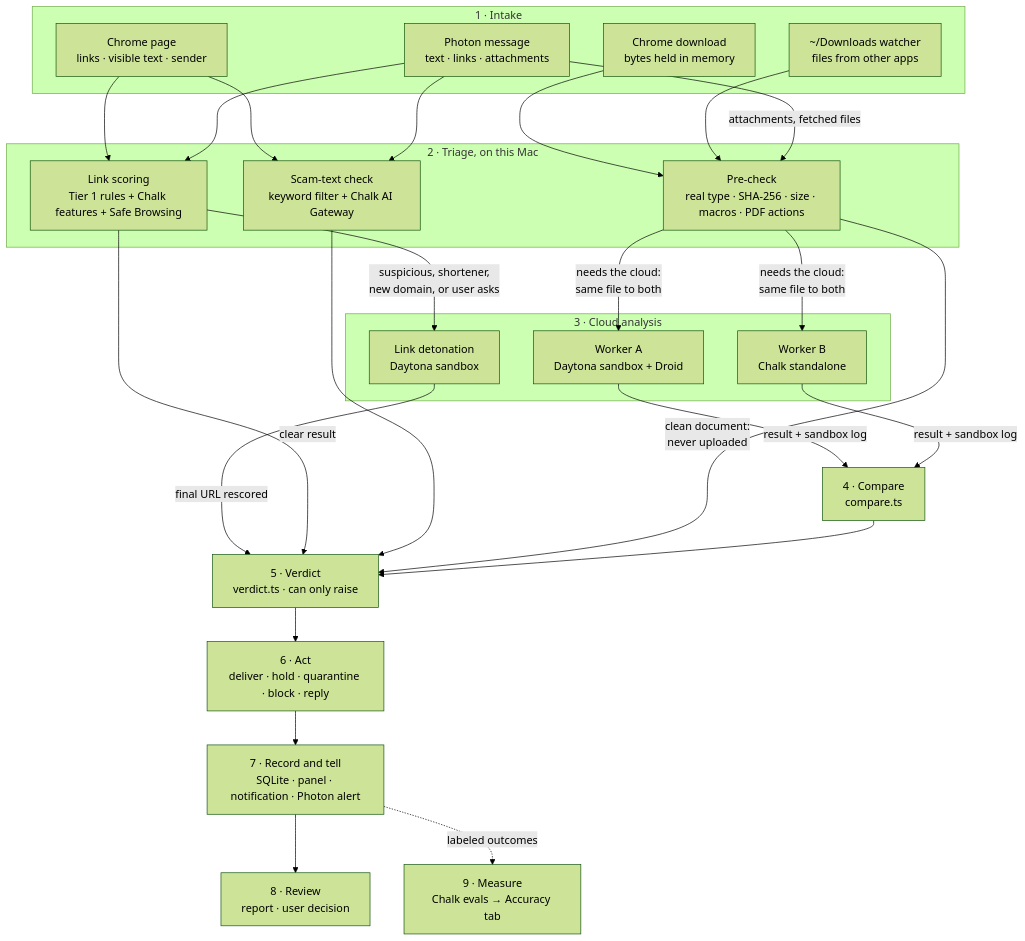
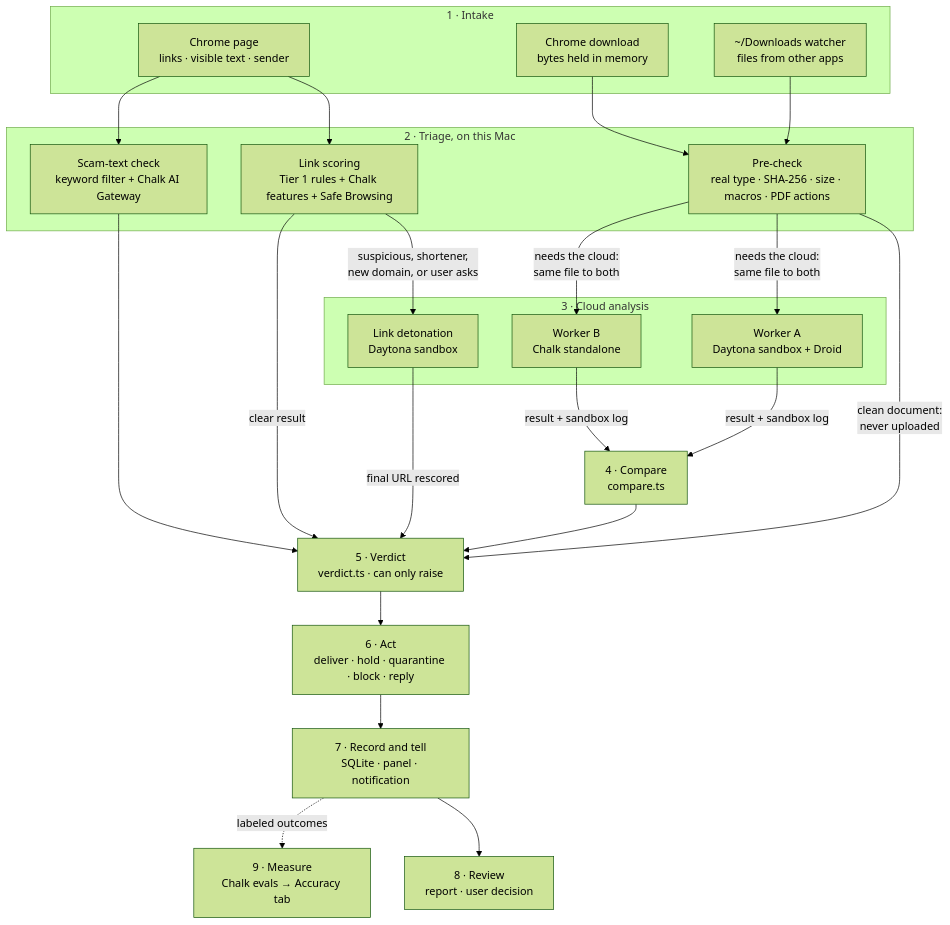
Before and after one commit to evandong1976/Aegis: the fourth of 10 diagrams in docs/architectural.md, drawn with Mermaid (forest theme). The commit also changed other lines of this file and 4 other files, not shown here.

````diff
--- a/docs/architectural.md
+++ b/docs/architectural.md
@@ -313,50 +315,46 @@
 ```mermaid
 flowchart TB
   subgraph IN["1 · Intake"]
     I1["Chrome page<br/>links · visible text · sender"]
     I2["Chrome download<br/>bytes held in memory"]
     I3["~/Downloads watcher<br/>files from other apps"]
-    I4["Photon message<br/>text · links · attachments"]
   end
 
   subgraph TRI["2 · Triage, on this Mac"]
     T1["Link scoring<br/>Tier 1 rules + Chalk features + Safe Browsing"]
     T2["Scam-text check<br/>keyword filter + Chalk AI Gateway"]
     T3["Pre-check<br/>real type · SHA-256 · size · macros · PDF actions"]
   end
 
   subgraph CLD["3 · Cloud analysis"]
     WA["Worker A<br/>Daytona sandbox + Droid"]
     WB["Worker B<br/>Chalk standalone"]
     DET["Link detonation<br/>Daytona sandbox"]
   end
 
   CMP["4 · Compare<br/>compare.ts"]
   VER["5 · Verdict<br/>verdict.ts · can only raise"]
   ACT["6 · Act<br/>deliver · hold · quarantine · block · reply"]
-  REC["7 · Record and tell<br/>SQLite · panel · notification · Photon alert"]
+  REC["7 · Record and tell<br/>SQLite · panel · notification"]
   REV["8 · Review<br/>report · user decision"]
   EV["9 · Measure<br/>Chalk evals → Accuracy tab"]
 
   I1 --> T1
   I1 --> T2
-  I4 --> T1
-  I4 --> T2
   I2 --> T3
   I3 --> T3
-  I4 -->|"attachments, fetched files"| T3
   T1 -->|"suspicious, shortener,<br/>new domain, or user asks"| DET
   DET -->|"final URL rescored"| VER
   T1 -->|"clear result"| VER
   T2 --> VER
   T3 -->|"clean document:<br/>never uploaded"| VER
   T3 -->|"needs the cloud:<br/>same file to both"| WA
   T3 -->|"needs the cloud:<br/>same file to both"| WB
   WA -->|"result + sandbox log"| CMP
   WB -->|"result + sandbox log"| CMP
   CMP --> VER
   VER --> ACT
   ACT --> REC
   REC --> REV
   REC -.->|"labeled outcomes"| EV
 ```
````
